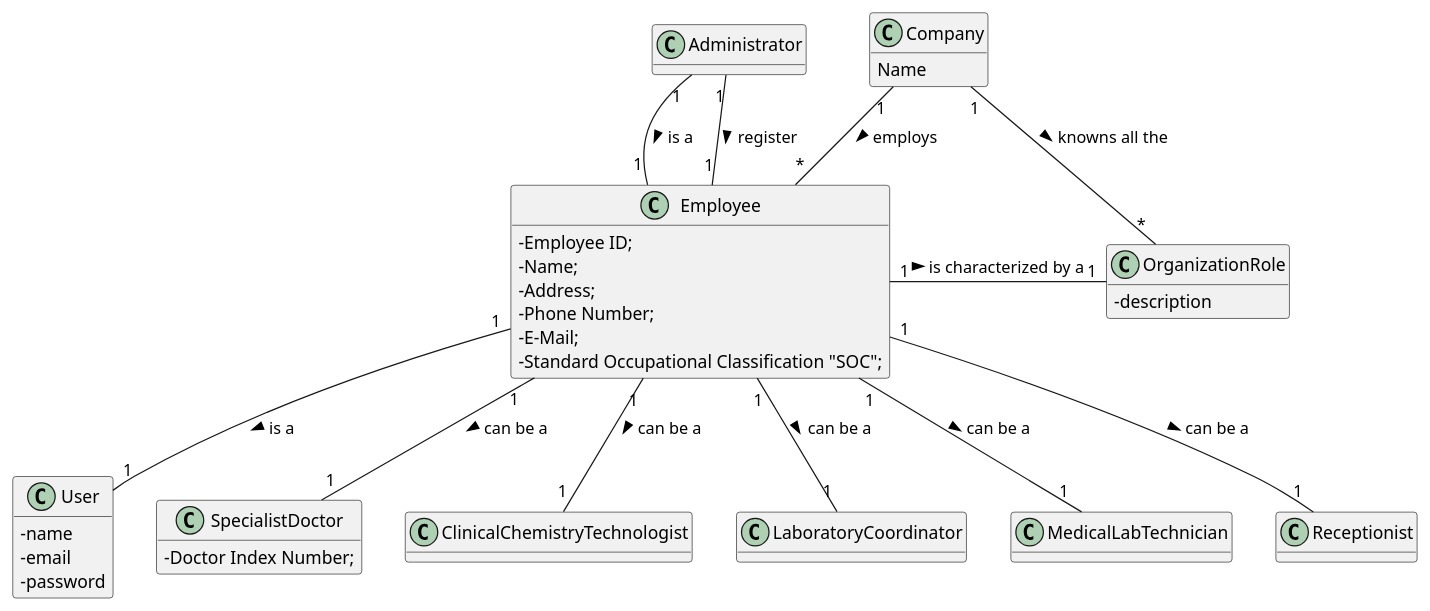
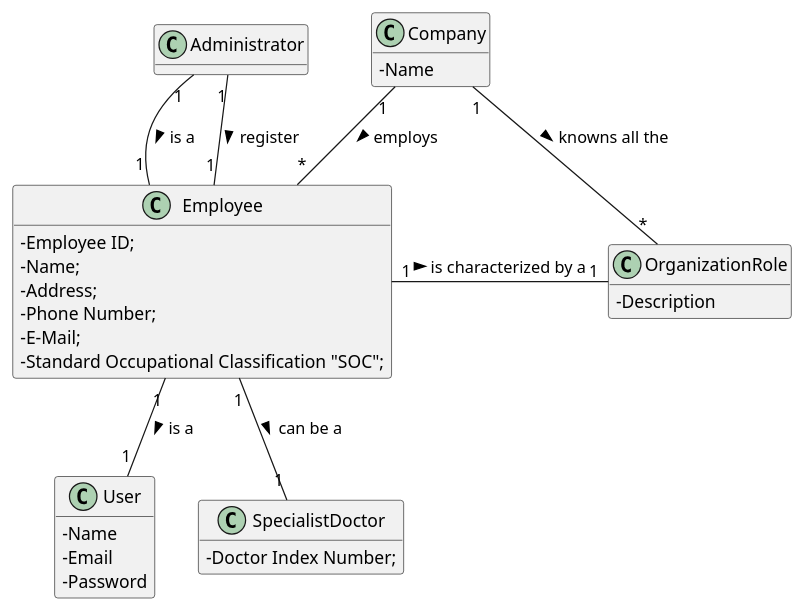
The diagram in docs/SprintB/US7/US07_MD.puml (MarianaCLages/LAPR2), drawn with PlantUML before and after one commit. The commit also changed 5 other files, not shown here.

```diff
--- a/docs/SprintB/US7/US07_MD.puml
+++ b/docs/SprintB/US7/US07_MD.puml
@@ -1,45 +1,42 @@
 @startuml
 'https://plantuml.com/class-diagram
 
 hide methods
 skinparam classAttributeIconSize 0
 
 class User{
--name
--email
--password
+-Name
+-Email
+-Password
 }
 
 class Employee{
 -Employee ID;
 -Name;
 -Address;
 -Phone Number;
 -E-Mail;
 -Standard Occupational Classification "SOC";
 }
 
 class SpecialistDoctor{
 -Doctor Index Number;
 }
 
 class OrganizationRole{
--description
+-Description
 }
 
 class Company{
-Name
+-Name
 }
 Company "1" - "*" OrganizationRole: knowns all the >
 Employee "1" - "1" OrganizationRole: is characterized by a  >
 Employee "1" -- "1" User: is a >
 Company "1" -- "*" Employee: employs >
 Administrator"1" -- "1" Employee: is a >
-Employee "1" -- "1" ClinicalChemistryTechnologist: can be a >
-Employee "1" -- "1" LaboratoryCoordinator: can be a >
-Employee "1" -- "1" MedicalLabTechnician: can be a >
-Employee "1" -- "1" Receptionist: can be a >
+
 Employee "1" -- "1" SpecialistDoctor: can be a >
 Administrator "1" -- "1" Employee: register >
 
 @enduml
```
